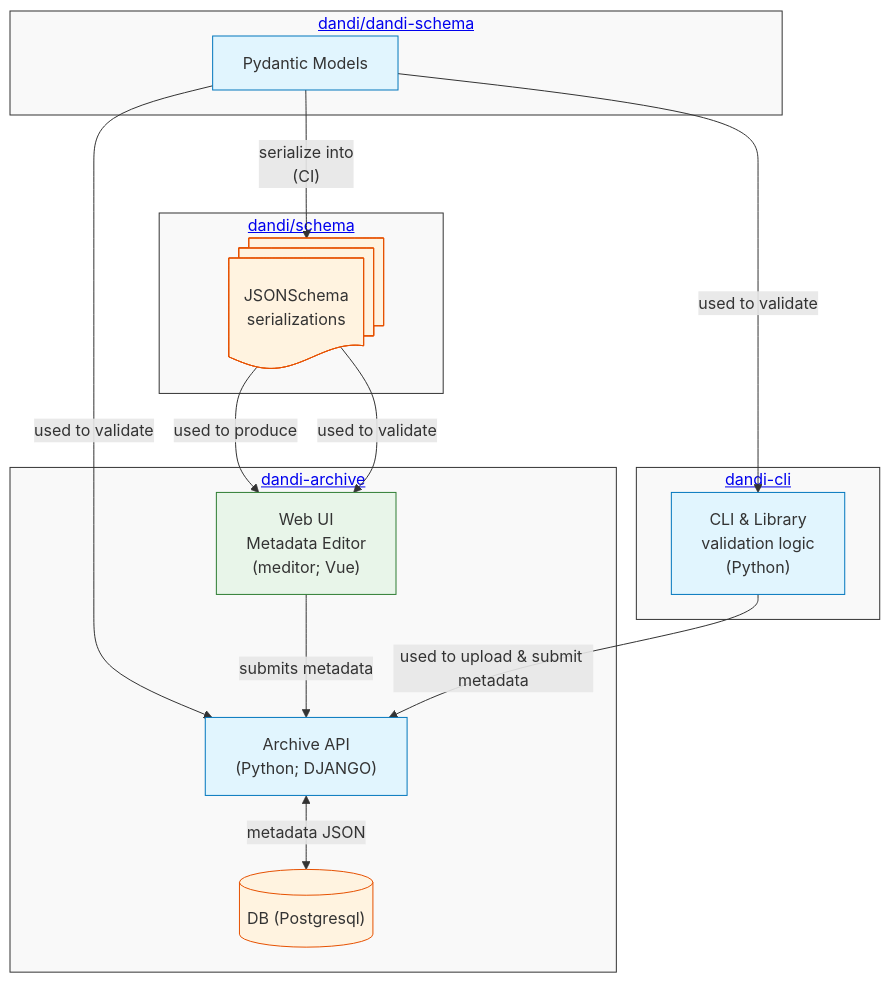
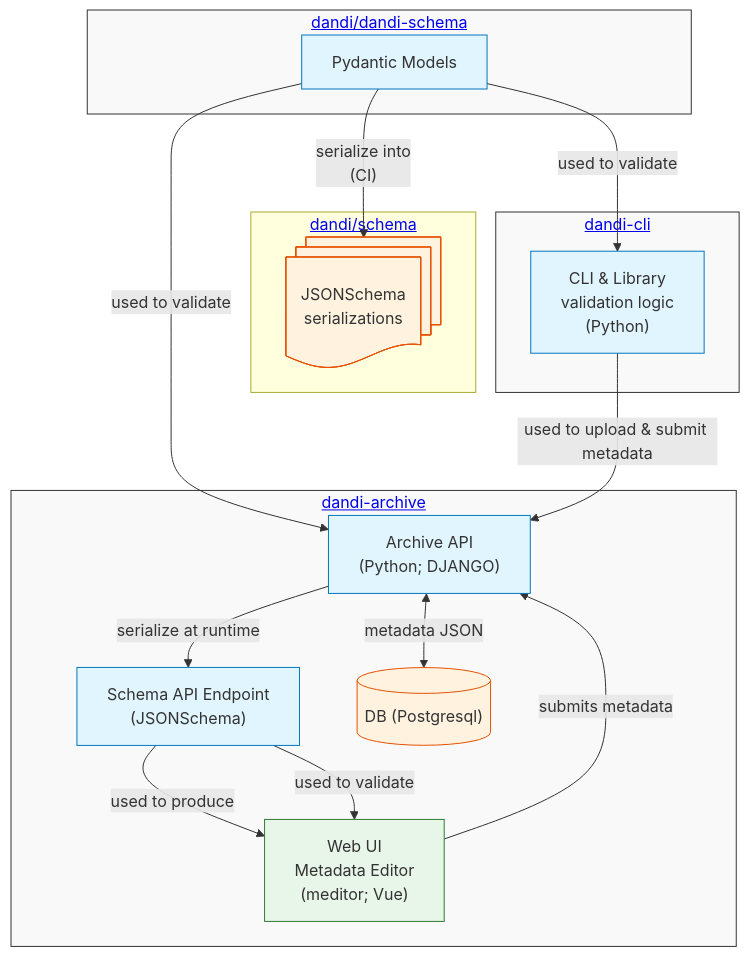
One commit to dandi/dandi-archive changed the first of 2 diagrams in doc/design/vendored-schema-1.md. Above: the diagram before and after it, drawn with Mermaid. The commit also changed other lines of this file, not shown here.

First line of the commit message:
doc: Add mermaid diagram for updated schema architecture

````diff
--- a/doc/design/vendored-schema-1.md
+++ b/doc/design/vendored-schema-1.md
@@ -7,47 +7,48 @@
 ```mermaid
 flowchart TD
   %% repositories as grouped nodes
   subgraph dandi_schema_repo["<a href='https://github.com/dandi/dandi-schema/'>dandi/dandi-schema</a>"]
     Pydantic["Pydantic Models"]
   end
 
   subgraph schema_repo["<a href='https://github.com/dandi/schema/'>dandi/schema</a>"]
     JSONSchema["JSONSchema<br>serializations"]
 
   end
 
-  subgraph dandi_cli_repo["<a href='https://github.com/dandi/dandi-cli'>dandi-cli</a>"]
-    CLI["CLI & Library<br>validation logic<br/>(Python)"]
-  end
-
   subgraph dandi_archive_repo["<a href='https://github.com/dandi/dandi-archive/'>dandi-archive</a>"]
     Meditor["Web UI<br/>Metadata Editor<br/>(meditor; Vue)"]
     API["Archive API<br/>(Python; DJANGO)"]
+    SchemaEndpoint["Schema API Endpoint<br/>(JSONSchema)"]
     Storage[("DB (Postgresql)")]
+  end
+
+  subgraph dandi_cli_repo["<a href='https://github.com/dandi/dandi-cli'>dandi-cli</a>"]
+    CLI["CLI & Library<br>validation logic<br/>(Python)"]
   end
 
   %% main flow
   Pydantic -->|"serialize into<br/>(CI)"| JSONSchema
   Pydantic -->|used to validate| CLI
   Pydantic -->|used to validate| API
 
-  JSONSchema -->|used to produce| Meditor
-  JSONSchema -->|used to validate| Meditor
+  API -->|serialize at runtime| SchemaEndpoint
+  SchemaEndpoint -->|used to produce| Meditor
+  SchemaEndpoint -->|used to validate| Meditor
+
   Meditor    -->|submits metadata| API
-
   CLI        -->|used to upload & submit metadata| API
-
   API <-->|metadata JSON| Storage
 
   %% styling
   classDef repo   fill:#f9f9f9,stroke:#333,stroke-width:1px;
   classDef code   fill:#e1f5fe,stroke:#0277bd,stroke-width:1px;
   classDef ui     fill:#e8f5e9,stroke:#2e7d32,stroke-width:1px;
   classDef data   fill:#fff3e0,stroke:#e65100,stroke-width:1px;
   JSONSchema@{ shape: docs }
 
-  class dandi_schema_repo,schema_repo,dandi_cli_repo,dandi_archive_repo repo;
-  class Pydantic,CLI,API code;
+  class dandi_schema_repo,dandi_cli_repo,dandi_archive_repo repo;
+  class Pydantic,CLI,API,SchemaEndpoint code;
   class JSONSchema,Storage data;
   class Meditor ui;
 ```
````
